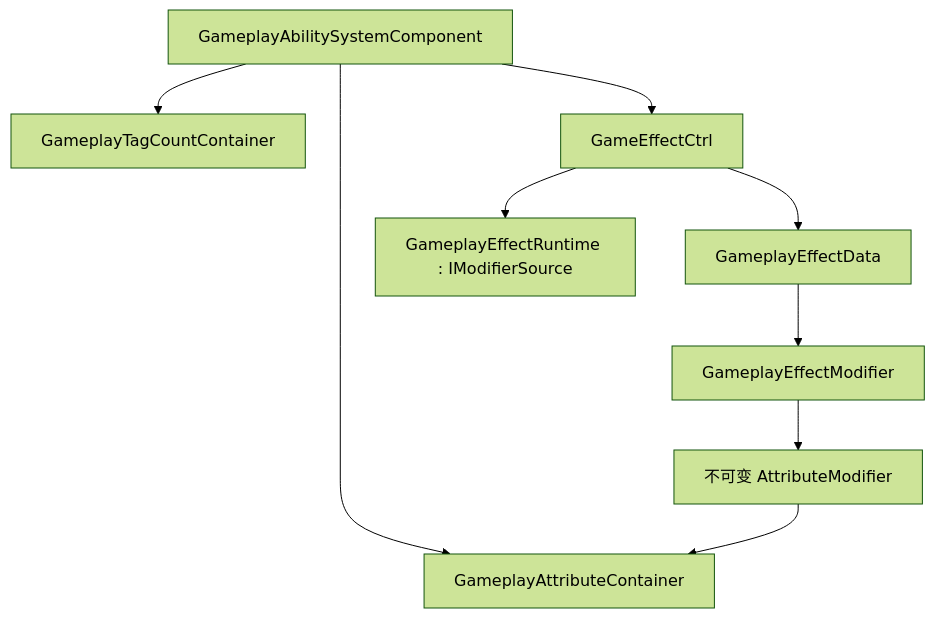
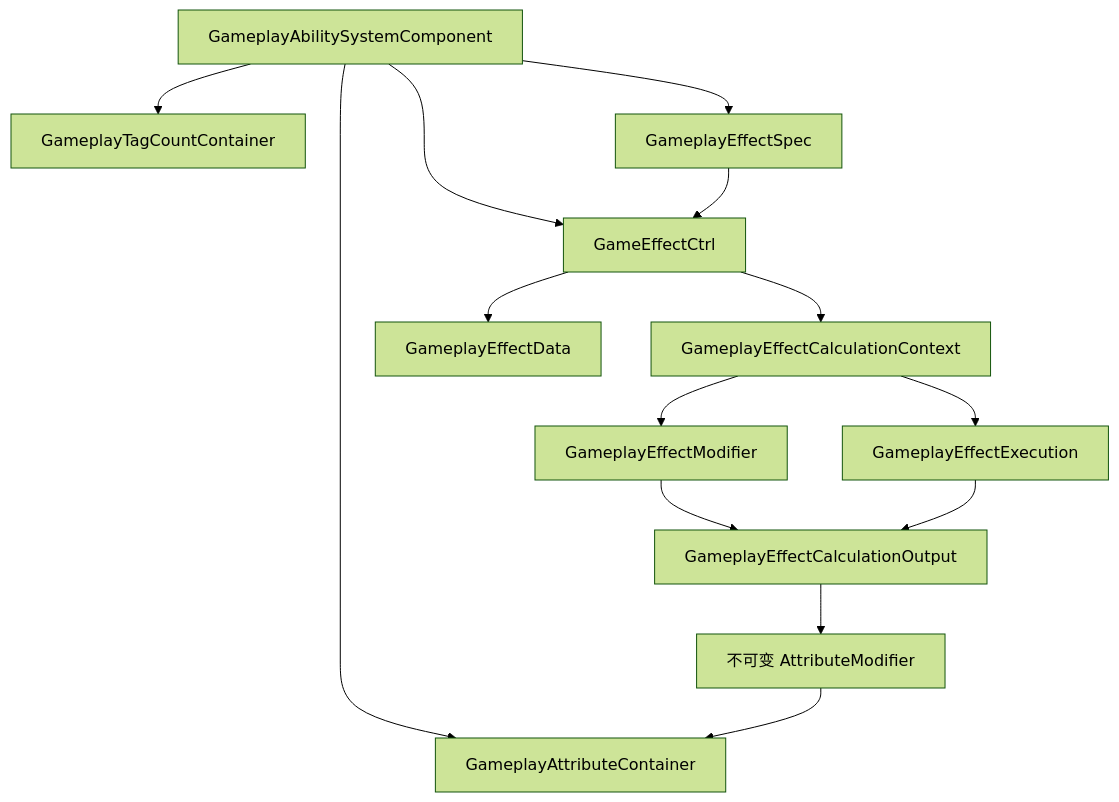
The seventh of 8 diagrams in Assets/GAS_Light/设计md/GameEffectGameplay.md (Whitesheeeep/3DRPG), drawn with Mermaid (forest theme) before and after one commit. The commit also changed other lines of this file and 83 other files, not shown here.

Commit message:
1. 完善 GAS 补充 GameplayEffectSpec 2. KeepAlive VFX Handler 使用独立检查

````diff
--- a/Assets/GAS_Light/设计md/GameEffectGameplay.md
+++ b/Assets/GAS_Light/设计md/GameEffectGameplay.md
@@ -116,11 +156,16 @@
 ```mermaid
 flowchart TD
     ASC["GameplayAbilitySystemComponent"] --> Tags["GameplayTagCountContainer"]
     ASC --> Attributes["GameplayAttributeContainer"]
     ASC --> GEController["GameEffectCtrl"]
     GEController --> Data["GameplayEffectData"]
-    GEController --> GERuntime["GameplayEffectRuntime : IModifierSource"]
-    Data --> Modifier["GameplayEffectModifier"]
-    Modifier --> AttributeModifier["不可变 AttributeModifier"]
+    ASC --> Spec["GameplayEffectSpec"]
+    Spec --> GEController
+    GEController --> Context["GameplayEffectCalculationContext"]
+    Context --> Modifier["GameplayEffectModifier"]
+    Context --> Execution["GameplayEffectExecution"]
+    Modifier --> Output["GameplayEffectCalculationOutput"]
+    Execution --> Output
+    Output --> AttributeModifier["不可变 AttributeModifier"]
     AttributeModifier --> Attributes
 ```
````
